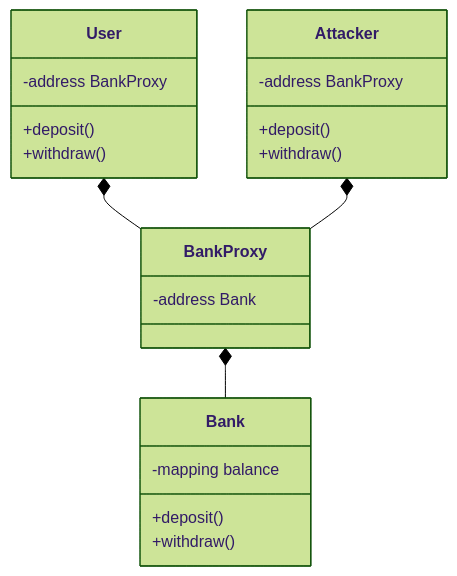
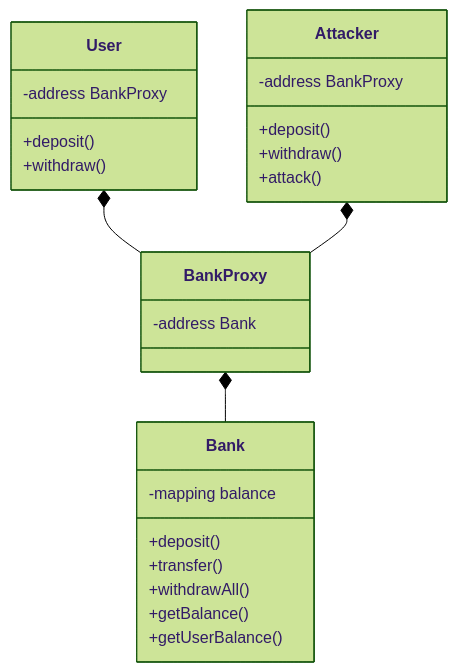
Before and after one commit to GaryHo34/blockchain-project: the fifth of 8 diagrams in README.md, drawn with Mermaid (forest theme). The commit also changed other lines of this file, not shown here.

````diff
--- a/README.md
+++ b/README.md
@@ -143,24 +142,28 @@
 ```mermaid
 classDiagram
     class BankProxy {
         -address Bank
     }
     class Bank {
         -mapping balance
         +deposit()
-        +withdraw()
+        +transfer()
+        +withdrawAll()
+        +getBalance()
+        +getUserBalance()
     }
     class User {
         -address BankProxy
         +deposit()
         +withdraw()
     }
     class Attacker {
         -address BankProxy
         +deposit()
         +withdraw()
+        +attack()
     }
     User *-- BankProxy
     Attacker *-- BankProxy
     BankProxy *-- Bank
 ```
````
